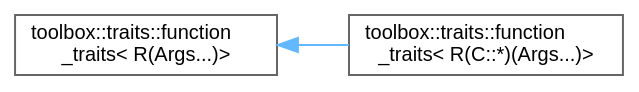
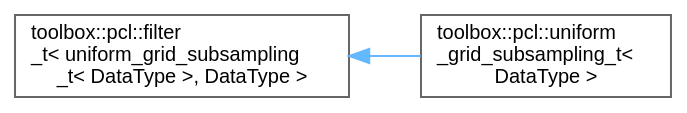
The diagram in inherit_graph_42.dot (nerdneilsfield/cpp-toolbox), drawn with Graphviz before and after one commit. The commit also changed 240 other files, not shown here.

```diff
--- a/inherit_graph_42.dot
+++ b/inherit_graph_42.dot
@@ -1,11 +1,11 @@
 digraph "Graphical Class Hierarchy"
 {
  // LATEX_PDF_SIZE
   bgcolor="transparent";
   edge [fontname=Helvetica,fontsize=10,labelfontname=Helvetica,labelfontsize=10];
   node [fontname=Helvetica,fontsize=10,shape=box,height=0.2,width=0.4];
   rankdir="LR";
-  Node0 [id="Node000000",label="toolbox::traits::function\l_traits\< R(Args...)\>",height=0.2,width=0.4,color="grey40", fillcolor="white", style="filled",URL="$structtoolbox_1_1traits_1_1function__traits_3_01_r_07_args_8_8_8_08_4.html",tooltip="普通函数的函数特征/Function traits for regular functions"];
-  Node0 -> Node1 [id="edge39_Node000000_Node000001",dir="back",color="steelblue1",style="solid",tooltip=" "];
-  Node1 [id="Node000001",label="toolbox::traits::function\l_traits\< R(C::*)(Args...)\>",height=0.2,width=0.4,color="grey40", fillcolor="white", style="filled",URL="$structtoolbox_1_1traits_1_1function__traits_3_01_r_07_c_1_1_5_08_07_args_8_8_8_08_4.html",tooltip="成员函数的函数特征/Function traits for member functions"];
+  Node0 [id="Node000000",label="toolbox::pcl::filter\l_t\< uniform_grid_subsampling\l_t\< DataType \>, DataType \>",height=0.2,width=0.4,color="grey40", fillcolor="white", style="filled",URL="$classtoolbox_1_1pcl_1_1filter__t.html",tooltip=" "];
+  Node0 -> Node1 [id="edge40_Node000000_Node000001",dir="back",color="steelblue1",style="solid",tooltip=" "];
+  Node1 [id="Node000001",label="toolbox::pcl::uniform\l_grid_subsampling_t\<\l DataType \>",height=0.2,width=0.4,color="grey40", fillcolor="white", style="filled",URL="$classtoolbox_1_1pcl_1_1uniform__grid__subsampling__t.html",tooltip=" "];
 }
```
